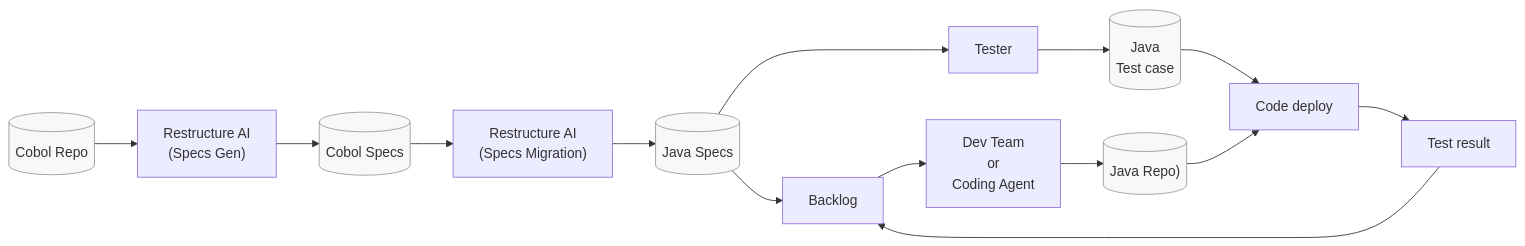
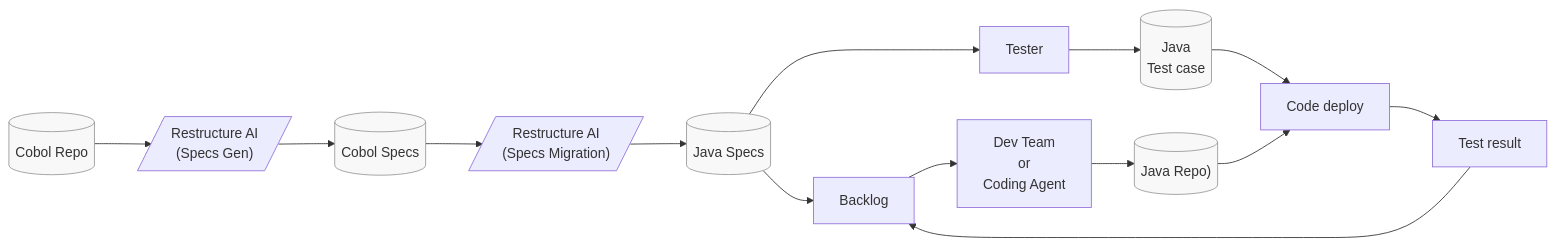
One commit to anhttmle/CAIO changed the first of 2 diagrams in C2B/Phase 5/proposal.md. Above: the diagram before and after it, drawn with Mermaid. The commit also changed other lines of this file, not shown here.

````diff
--- a/C2B/Phase 5/proposal.md
+++ b/C2B/Phase 5/proposal.md
@@ -2,25 +2,25 @@
 ```mermaid
 
 flowchart LR
-    A[(Cobol Repo)] --> B["Restructure AI<br/>(Specs Gen)"]
+    A[(Cobol Repo)] --> B[/"Restructure AI<br/>(Specs Gen)"/]
     B --> C[(Cobol Specs)]
-    C --> D["Restructure AI<br/>(Specs Migration)"]
+    C --> D[/"Restructure AI<br/>(Specs Migration)"/]
     D --> E[(Java Specs)]
     E --> F[Backlog]
 
     E --> tester["Tester"]
 
     tester --> G[("Java<br/>Test case")]
     G --> H[Code deploy]
     H --> I[Test result]
     I --> F
 
     F --> J["Dev Team<br/>or<br/>Coding Agent"]
     J --> K[("Java Repo)")]
     K --> H
 
     %% Optional visual alignment helpers
     classDef db fill:#f8f8f8,stroke:#999,stroke-width:1px;
     class A,C,E,G,K db;
 
 ```
````
